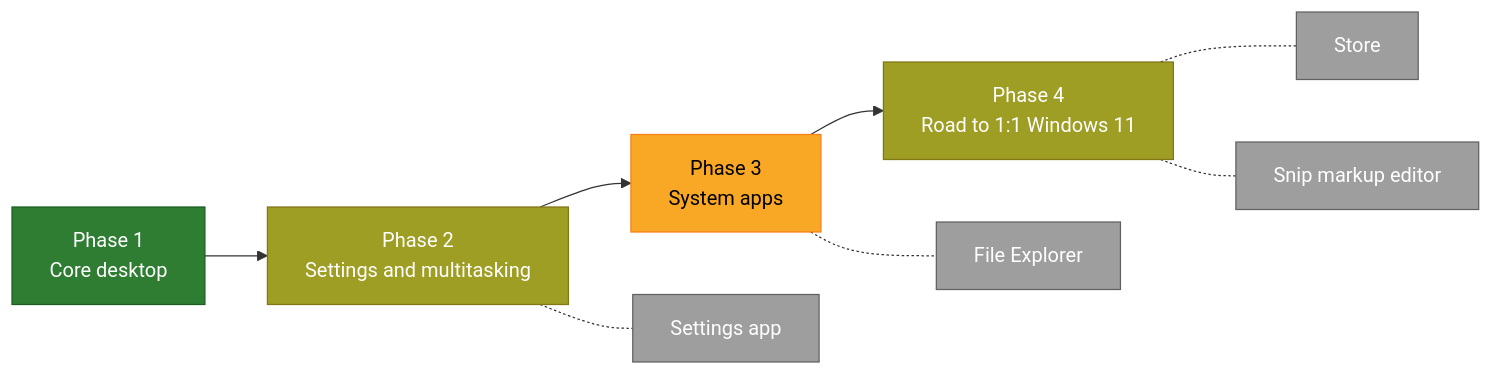
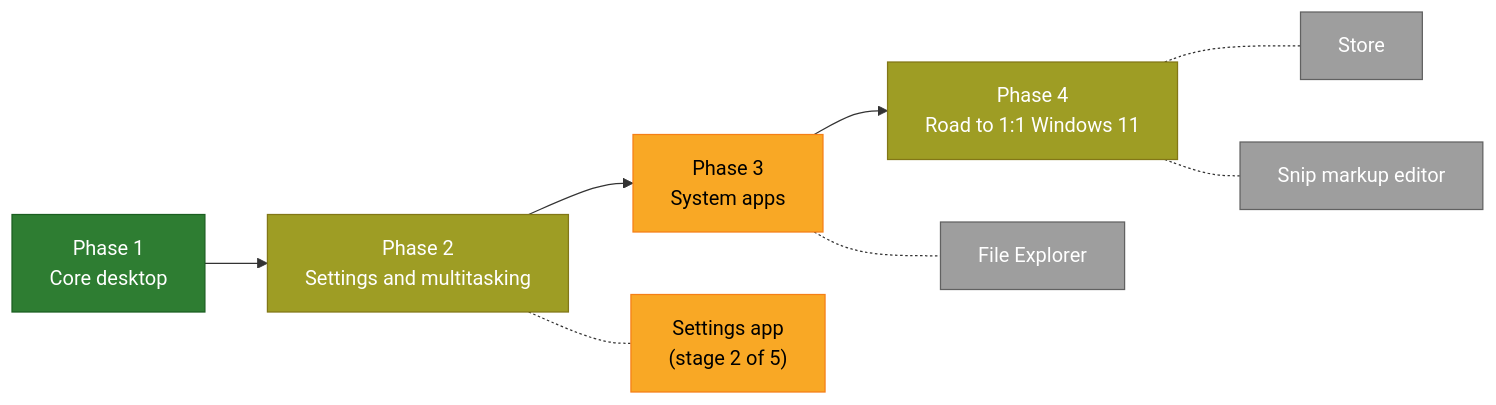
One commit to znraznra/lapin-ux changed the first of 2 diagrams in README.md. Above: the diagram before and after it, drawn with Mermaid. The commit also changed other lines of this file and 19 other files, not shown here.

First line of the commit message:
README: Settings section with previews and stage tracker; 18 new preview images

````diff
--- a/README.md
+++ b/README.md
@@ -43,12 +68,12 @@
 ```mermaid
 flowchart LR
     P1["Phase 1<br/>Core desktop"]:::done --> P2["Phase 2<br/>Settings and multitasking"]:::mostly --> P3["Phase 3<br/>System apps"]:::partly --> P4["Phase 4<br/>Road to 1:1 Windows 11"]:::mostly
-    P2 -.- S["Settings app"]:::todo
+    P2 -.- S["Settings app<br/>(stage 2 of 5)"]:::partly
     P3 -.- FE["File Explorer"]:::todo
     P4 -.- ST["Store"]:::todo
     P4 -.- MK["Snip markup editor"]:::todo
     classDef done fill:#2e7d32,color:#fff,stroke:#1b5e20
     classDef mostly fill:#9e9d24,color:#fff,stroke:#827717
     classDef partly fill:#f9a825,color:#000,stroke:#f57f17
     classDef todo fill:#9e9e9e,color:#fff,stroke:#616161
 ```
````
